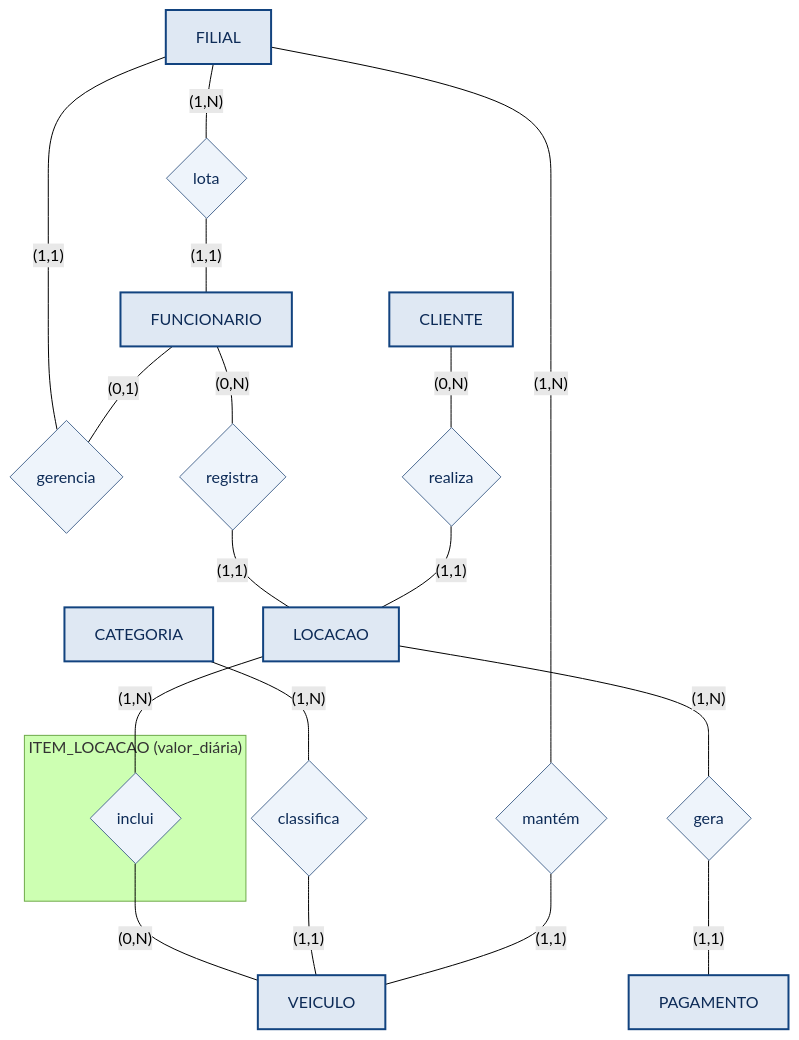
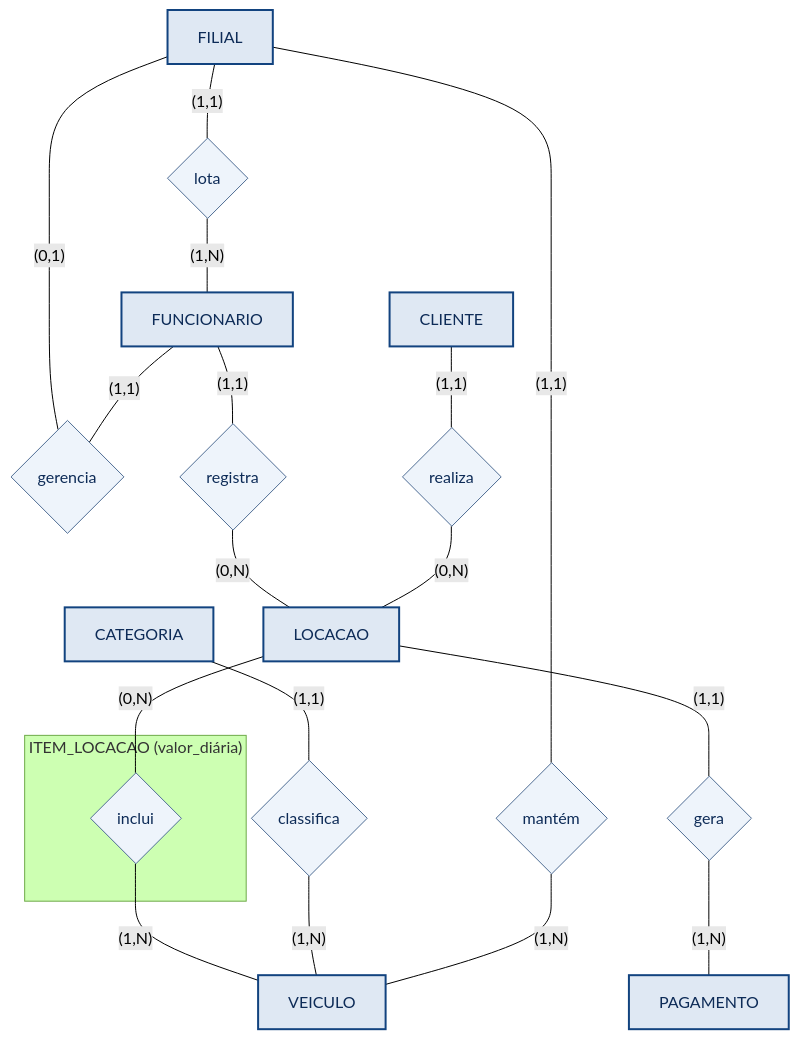
The diagram in unidades/04-modelagem/assets/aval-locadora-er.mmd (howardroatti/banco-de-dados-faesa), drawn with Mermaid (forest theme) before and after one commit. The commit also changed 7 other files, not shown here.

First line of the commit message:
Unidade 4 (exercicios): corrige colocacao das cardinalidades no ER

```diff
--- a/unidades/04-modelagem/assets/aval-locadora-er.mmd
+++ b/unidades/04-modelagem/assets/aval-locadora-er.mmd
@@ -1,33 +1,33 @@
 flowchart TB
     FIL["FILIAL"]
     FUN["FUNCIONARIO"]
     CLI["CLIENTE"]
     CAT["CATEGORIA"]
     VEI["VEICULO"]
     LOC["LOCACAO"]
     PAG["PAGAMENTO"]
 
-    FIL ---|"(1,N)"| rlota{"lota"}
-    rlota ---|"(1,1)"| FUN
-    FUN ---|"(0,1)"| rger{"gerencia"}
-    rger ---|"(1,1)"| FIL
-    FIL ---|"(1,N)"| rman{"mantém"}
-    rman ---|"(1,1)"| VEI
-    CAT ---|"(1,N)"| rcla{"classifica"}
-    rcla ---|"(1,1)"| VEI
-    CLI ---|"(0,N)"| rrea{"realiza"}
-    rrea ---|"(1,1)"| LOC
-    FUN ---|"(0,N)"| rreg{"registra"}
-    rreg ---|"(1,1)"| LOC
+    FIL ---|"(1,1)"| rlota{"lota"}
+    rlota ---|"(1,N)"| FUN
+    FUN ---|"(1,1)"| rger{"gerencia"}
+    rger ---|"(0,1)"| FIL
+    FIL ---|"(1,1)"| rman{"mantém"}
+    rman ---|"(1,N)"| VEI
+    CAT ---|"(1,1)"| rcla{"classifica"}
+    rcla ---|"(1,N)"| VEI
+    CLI ---|"(1,1)"| rrea{"realiza"}
+    rrea ---|"(0,N)"| LOC
+    FUN ---|"(1,1)"| rreg{"registra"}
+    rreg ---|"(0,N)"| LOC
     subgraph AEINC["ITEM_LOCACAO (valor_diária)"]
       rinc{"inclui"}
     end
-    LOC ---|"(1,N)"| rinc
-    rinc ---|"(0,N)"| VEI
-    LOC ---|"(1,N)"| rgera{"gera"}
-    rgera ---|"(1,1)"| PAG
+    LOC ---|"(0,N)"| rinc
+    rinc ---|"(1,N)"| VEI
+    LOC ---|"(1,1)"| rgera{"gera"}
+    rgera ---|"(1,N)"| PAG
 
     classDef ent fill:#dfe8f3,stroke:#12437f,stroke-width:2px,color:#0d2b57;
     classDef rel fill:#eef4fb,stroke:#4f6d94,color:#0d2b57;
     class FIL,FUN,CLI,CAT,VEI,LOC,PAG ent;
     class rlota,rger,rman,rcla,rrea,rreg,rinc,rgera rel;
```
